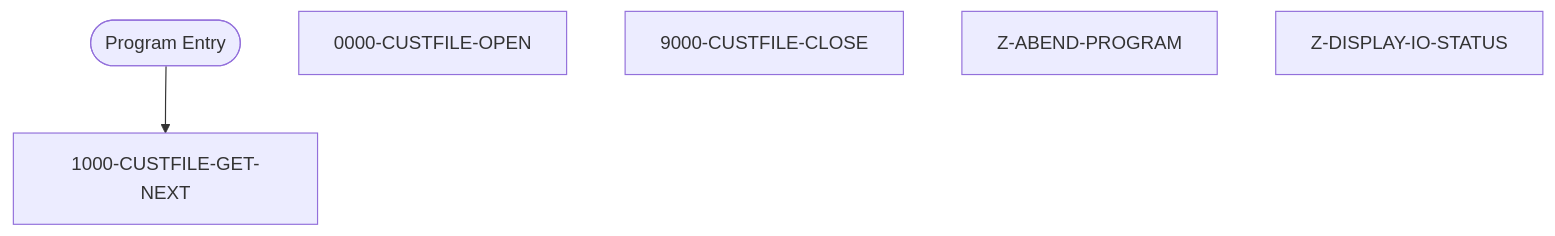
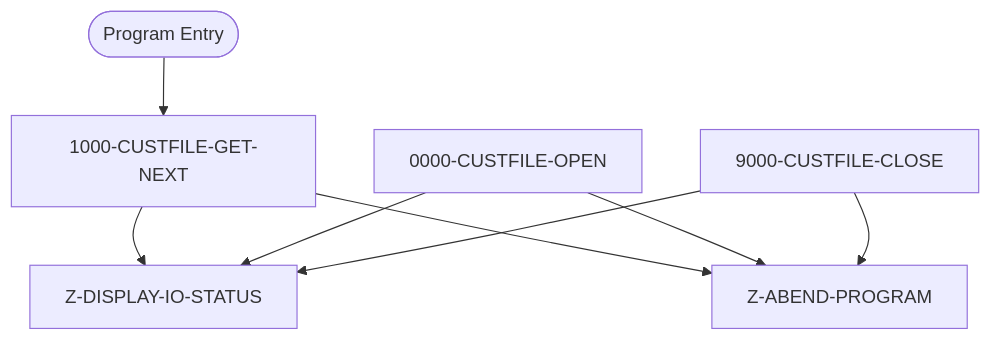
The second of 2 diagrams in Unisys_doc-main/doc_demo/docs/programs/CBCUS01C.md (Arun973150/new_doc), drawn with Mermaid before and after one commit. The commit also changed other lines of this file and 716 other files, not shown here.

````diff
--- a/Unisys_doc-main/doc_demo/docs/programs/CBCUS01C.md
+++ b/Unisys_doc-main/doc_demo/docs/programs/CBCUS01C.md
@@ -193,10 +196,16 @@
 ```mermaid
 flowchart TD
     START([Program Entry])
     1000_CUSTFILE_GET_NEXT["1000-CUSTFILE-GET-NEXT"]
     0000_CUSTFILE_OPEN["0000-CUSTFILE-OPEN"]
     9000_CUSTFILE_CLOSE["9000-CUSTFILE-CLOSE"]
     Z_ABEND_PROGRAM["Z-ABEND-PROGRAM"]
     Z_DISPLAY_IO_STATUS["Z-DISPLAY-IO-STATUS"]
     START --> 1000_CUSTFILE_GET_NEXT
+    1000_CUSTFILE_GET_NEXT --> Z_DISPLAY_IO_STATUS
+    1000_CUSTFILE_GET_NEXT --> Z_ABEND_PROGRAM
+    0000_CUSTFILE_OPEN --> Z_DISPLAY_IO_STATUS
+    0000_CUSTFILE_OPEN --> Z_ABEND_PROGRAM
+    9000_CUSTFILE_CLOSE --> Z_DISPLAY_IO_STATUS
+    9000_CUSTFILE_CLOSE --> Z_ABEND_PROGRAM
 ```
````
